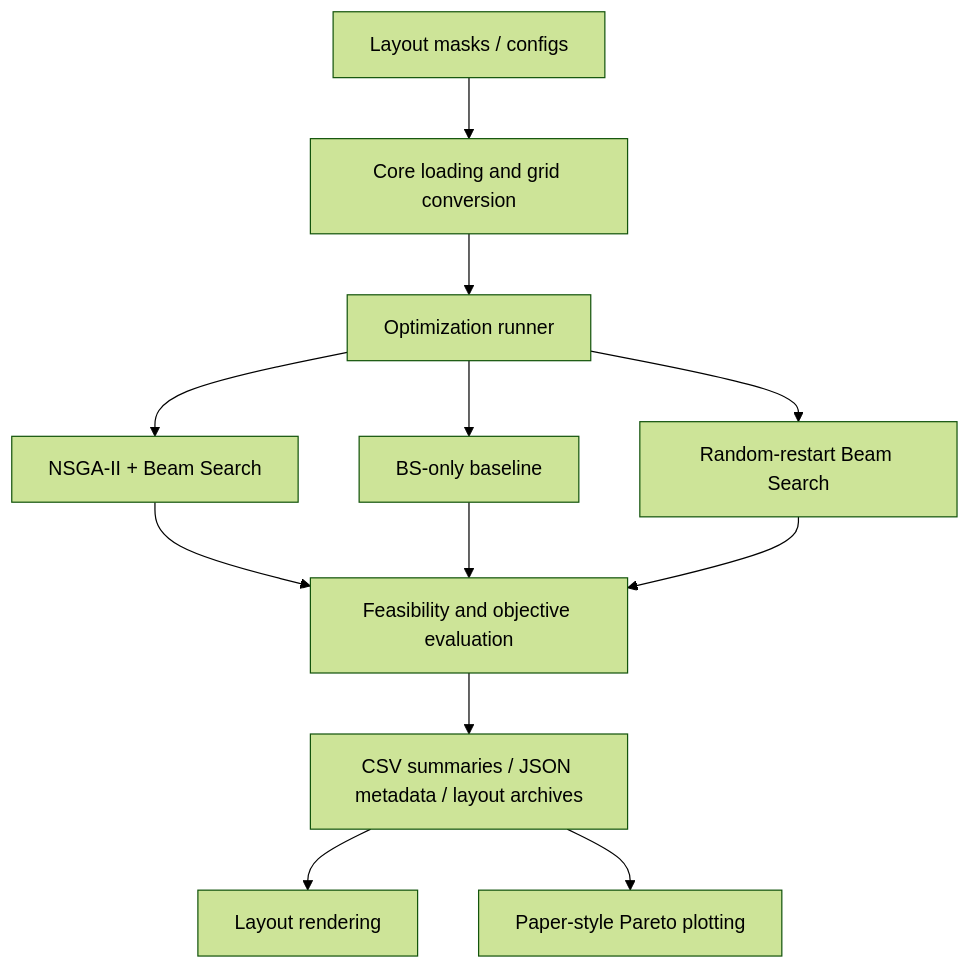
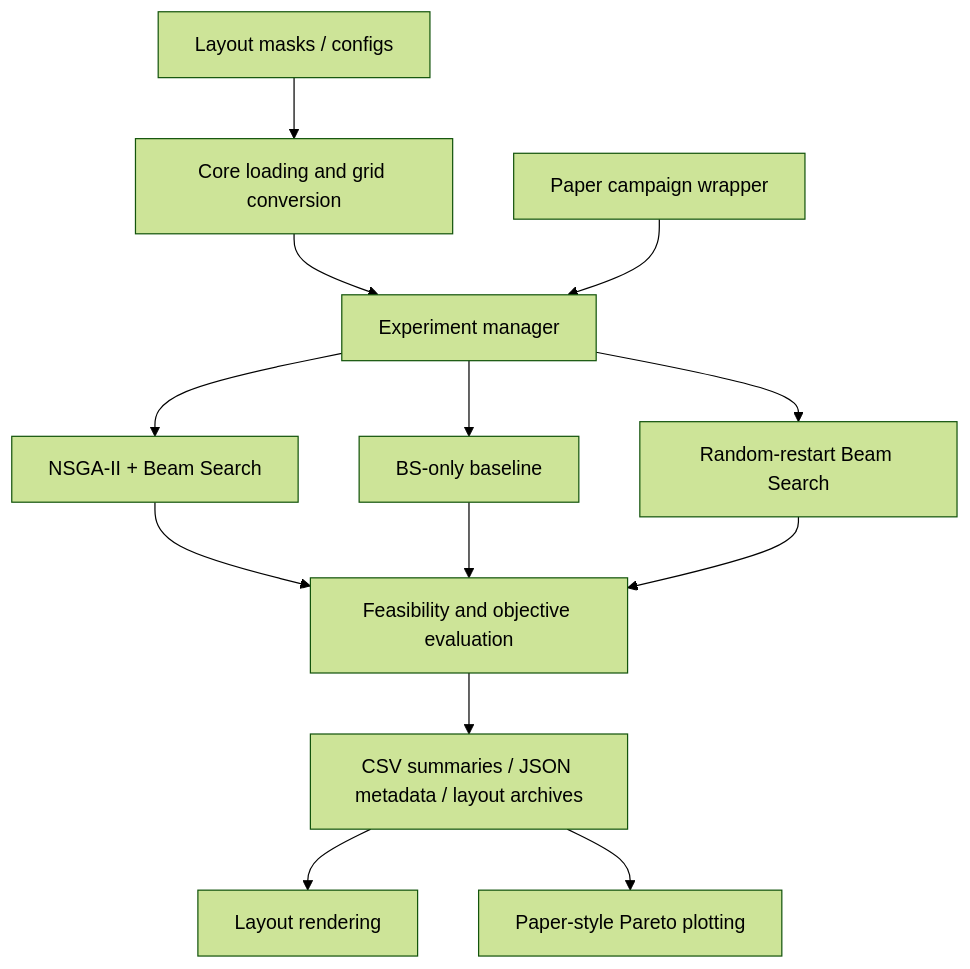
One commit to mahboobelahi/WHL_Opt_wd_OPL changed the diagram in docs/architecture.md. Above: the diagram before and after it, drawn with Mermaid (forest theme). The commit also changed other lines of this file, not shown here.

Commit message:
Document the public structural campaign architecture

````diff
--- a/docs/architecture.md
+++ b/docs/architecture.md
@@ -74,14 +82,15 @@
 ```mermaid
 flowchart TD
     A[Layout masks / configs] --> B[Core loading and grid conversion]
-    B --> C[Optimization runner]
+    B --> C[Experiment manager]
+    P[Paper campaign wrapper] --> C
     C --> D1[NSGA-II + Beam Search]
     C --> D2[BS-only baseline]
     C --> D3[Random-restart Beam Search]
     D1 --> E[Feasibility and objective evaluation]
     D2 --> E
     D3 --> E
     E --> F[CSV summaries / JSON metadata / layout archives]
     F --> G[Layout rendering]
     F --> H[Paper-style Pareto plotting]
 ```
````
